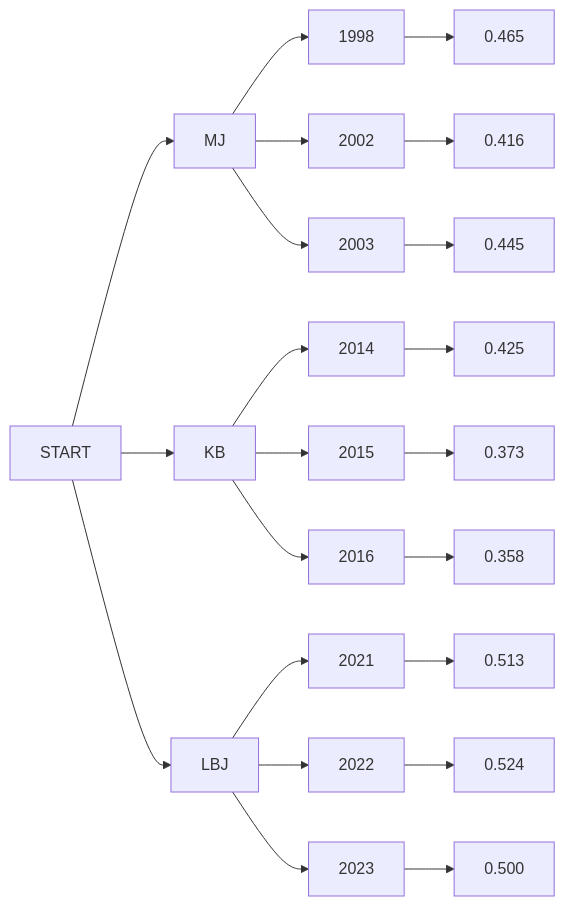
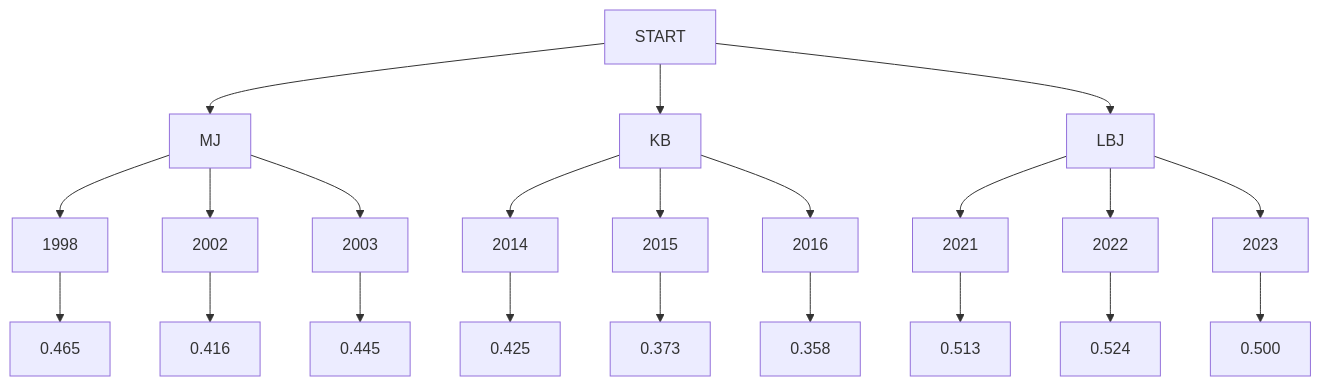
Before and after one commit to Ouichi/Task5: the diagram in README.md, drawn with Mermaid.

````diff
--- a/README.md
+++ b/README.md
@@ -199,16 +199,16 @@
 ```mermaid
-flowchart LR
+graph TD;
   START --> MJ & KB & LBJ ;
   MJ --> 1998 & 2002 & 2003 ;
   KB --> 2014 & 2015 & 2016 ;
   LBJ --> 2021 & 2022 & 2023 ;
   1998 --> 0.465 ;
   2002 --> 0.416 ;
   2003 --> 0.445 ;
   2014 --> 0.425 ;
   2015 --> 0.373 ;
   2016 --> 0.358 ;
   2021 --> 0.513 ;
   2022 --> 0.524 ;
   2023 --> 0.500 ;  
 ```
````
